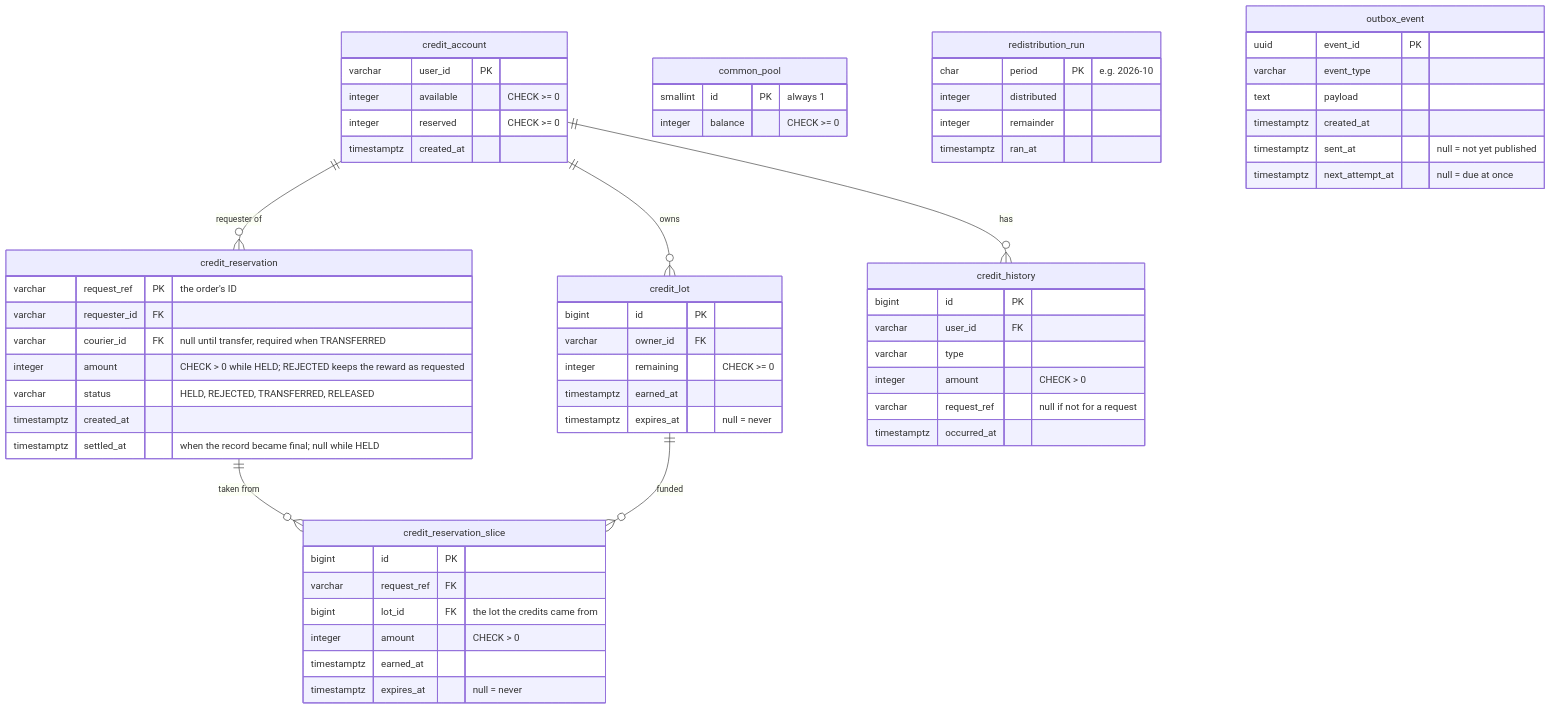
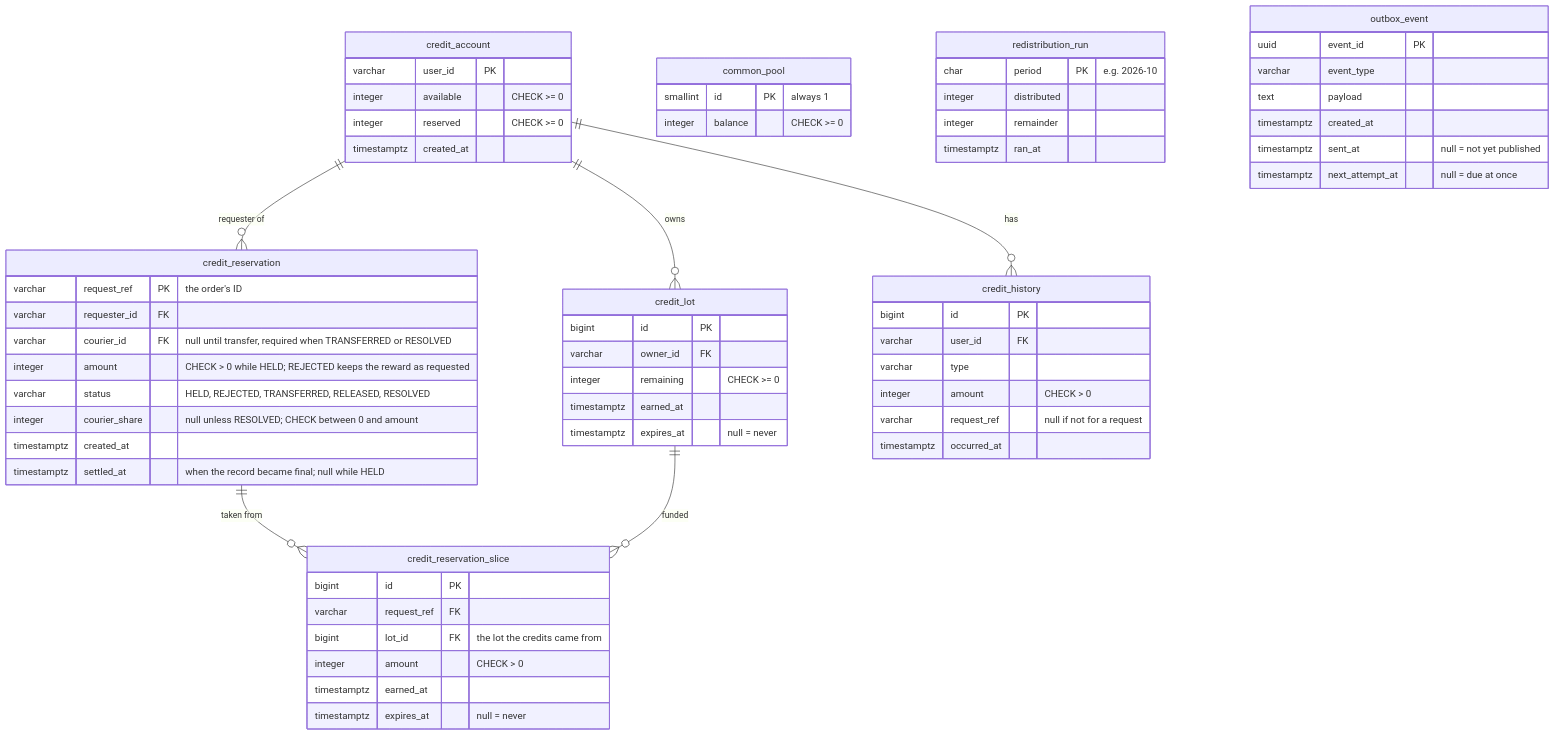
One commit to AY2627S1-CS3219-P23/foc changed the diagram in docs/credit-service.md. Above: the diagram before and after it, drawn with Mermaid. The commit also changed other lines of this file and 18 other files, not shown here.

````diff
--- a/docs/credit-service.md
+++ b/docs/credit-service.md
@@ -197,65 +203,66 @@
 ```mermaid
 erDiagram
     credit_account ||--o{ credit_reservation : "requester of"
     credit_account ||--o{ credit_lot : owns
     credit_account ||--o{ credit_history : "has"
     credit_reservation ||--o{ credit_reservation_slice : "taken from"
     credit_lot ||--o{ credit_reservation_slice : "funded"
  
     credit_account {
         varchar user_id PK
         integer available "CHECK >= 0"
         integer reserved "CHECK >= 0"
         timestamptz created_at
     }
     credit_reservation {
         varchar request_ref PK "the order's ID"
         varchar requester_id FK
-        varchar courier_id FK "null until transfer, required when TRANSFERRED"
+        varchar courier_id FK "null until transfer, required when TRANSFERRED or RESOLVED"
         integer amount "CHECK > 0 while HELD; REJECTED keeps the reward as requested"
-        varchar status "HELD, REJECTED, TRANSFERRED, RELEASED"
+        varchar status "HELD, REJECTED, TRANSFERRED, RELEASED, RESOLVED"
+        integer courier_share "null unless RESOLVED; CHECK between 0 and amount"
         timestamptz created_at
         timestamptz settled_at "when the record became final; null while HELD"
     }
     credit_reservation_slice {
         bigint id PK
         varchar request_ref FK
         bigint lot_id FK "the lot the credits came from"
         integer amount "CHECK > 0"
         timestamptz earned_at
         timestamptz expires_at "null = never"
     }
     credit_lot {
         bigint id PK
         varchar owner_id FK
         integer remaining "CHECK >= 0"
         timestamptz earned_at
         timestamptz expires_at "null = never"
     }
     credit_history {
         bigint id PK
         varchar user_id FK
         varchar type
         integer amount "CHECK > 0"
         varchar request_ref "null if not for a request"
         timestamptz occurred_at
     }
     common_pool {
         smallint id PK "always 1"
         integer balance "CHECK >= 0"
     }
     redistribution_run {
         char period PK "e.g. 2026-10"
         integer distributed
         integer remainder
         timestamptz ran_at
     }
     outbox_event {
         uuid event_id PK
         varchar event_type
         text payload
         timestamptz created_at
         timestamptz sent_at "null = not yet published"
         timestamptz next_attempt_at "null = due at once"
     }
 ```
````
